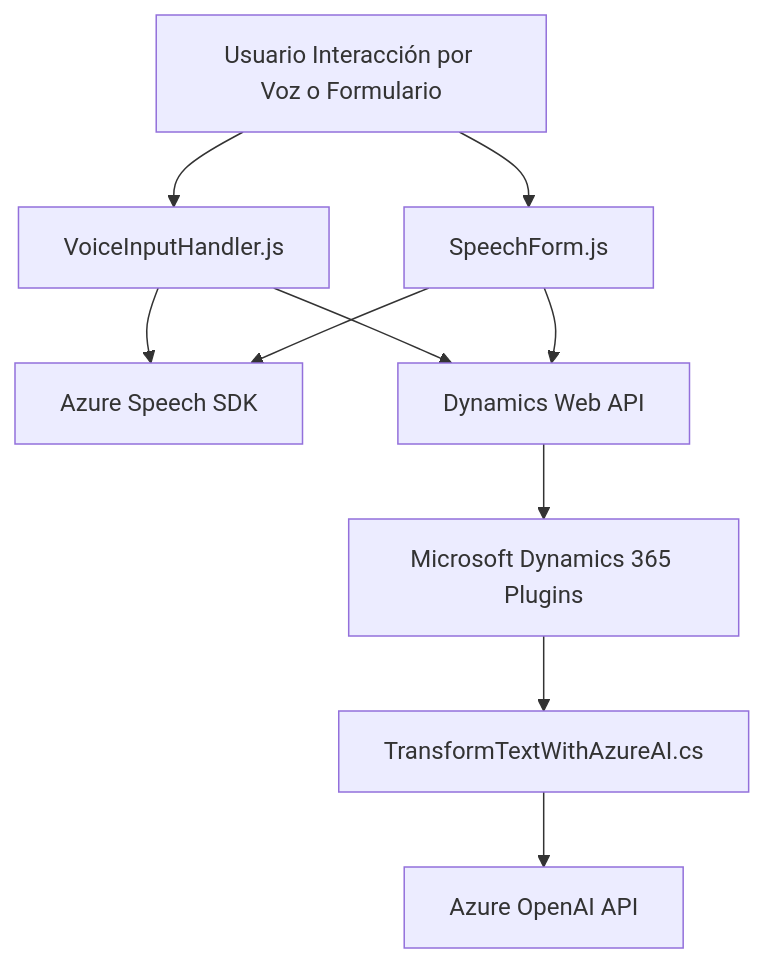
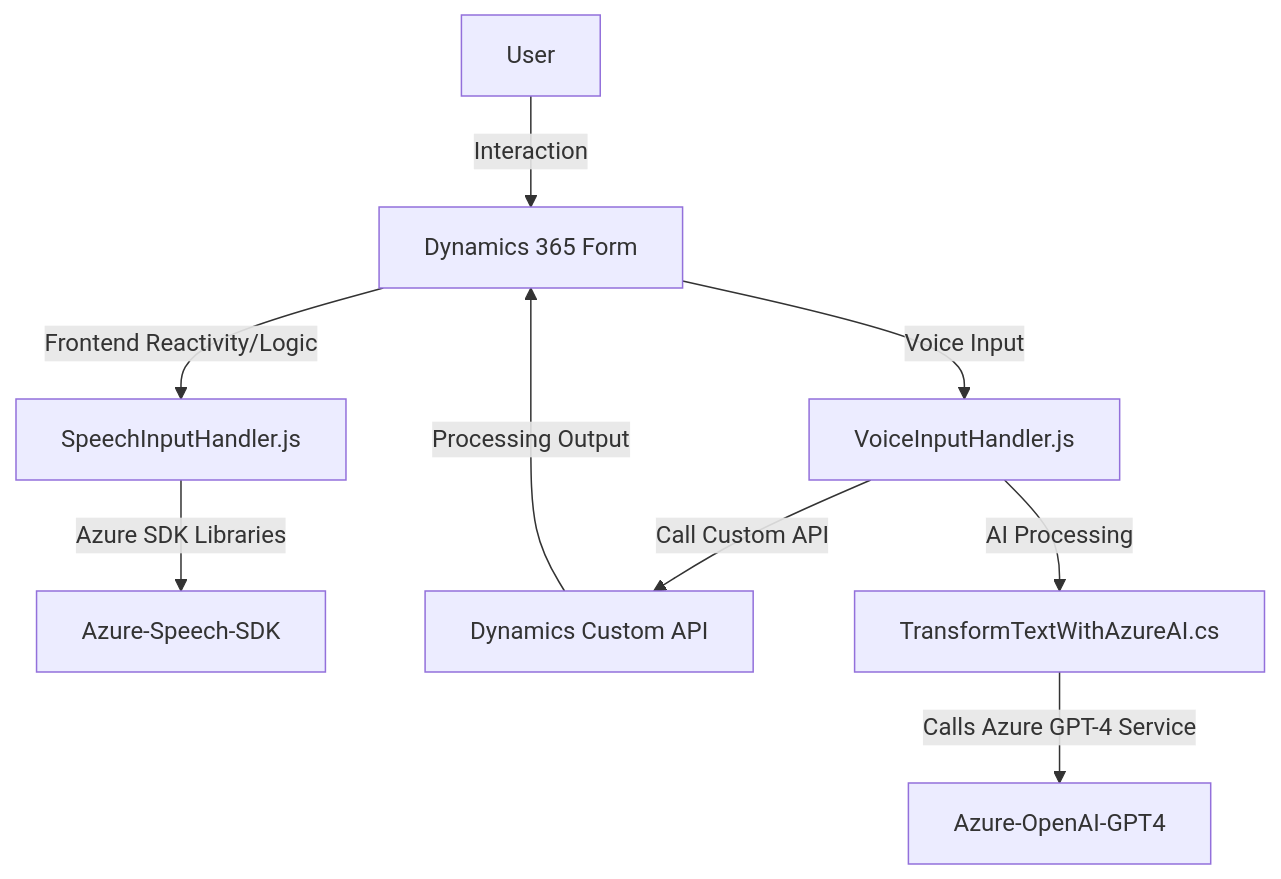
The diagram in README.md (blopezdm/NETCORE_BILBAO2025), drawn with Mermaid before and after one commit. The commit also changed other lines of this file, not shown here.

````diff
--- a/README.md
+++ b/README.md
@@ -63,21 +48,12 @@
 ```mermaid
 graph TD
-    A["Usuario Interacción por Voz o Formulario"]
-    B["VoiceInputHandler.js"]
-    C["SpeechForm.js"]
-    D["Azure Speech SDK"]
-    E["Dynamics Web API"]
-    F["TransformTextWithAzureAI.cs"]
-    G["Azure OpenAI API"]
-    H["Microsoft Dynamics 365 Plugins"]
-
-    A --> B
-    A --> C
-    B --> D
-    C --> D
-    B --> E
-    C --> E
-    E --> H
-    H --> F
-    F --> G
+    A[User] -->|Interaction| B["Dynamics 365 Form"]
+    B -->|Frontend Reactivity/Logic| C["SpeechInputHandler.js"]
+    B -->|Voice Input| D["VoiceInputHandler.js"]
+    C -->|Azure SDK Libraries| E["Azure-Speech-SDK"]
+    D -->|Call Custom API| F["Dynamics Custom API"]
+    F -->|Processing Output| B
+    D -->|AI Processing| G["TransformTextWithAzureAI.cs"]
+    G -->|Calls Azure GPT-4 Service| H["Azure-OpenAI-GPT4"]
+    
 ```
````
